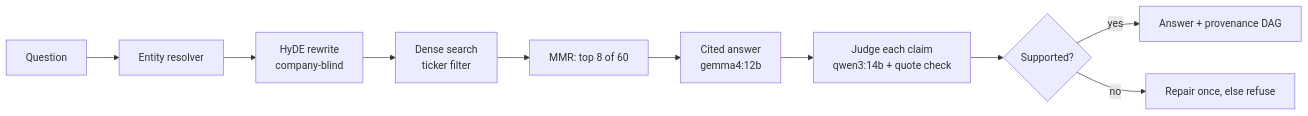
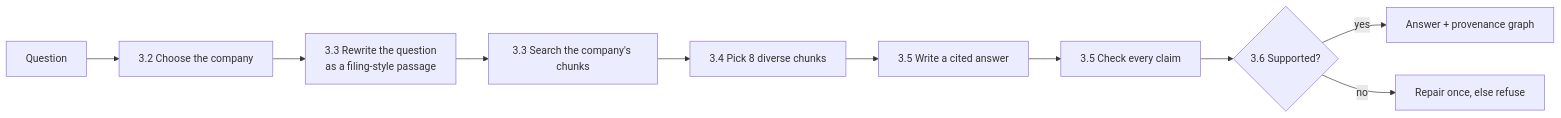
Before and after one commit to Rahkovsky/sec_llm_project: the diagram in README.md, drawn with Mermaid. The commit also changed other lines of this file, not shown here.

First line of the commit message:
README: rewrite as a progressive explanation with a running example

````diff
--- a/README.md
+++ b/README.md
@@ -39,12 +100,12 @@
 ```mermaid
 flowchart LR
-    Q[Question] --> R[Entity resolver]
-    R --> H[HyDE rewrite<br/>company-blind]
-    H --> E[Dense search<br/>ticker filter]
-    E --> M[MMR: top 8 of 60]
-    M --> G[Cited answer<br/>gemma4:12b]
-    G --> V[Judge each claim<br/>qwen3:14b + quote check]
-    V --> K{Supported?}
-    K -- yes --> A[Answer + provenance DAG]
+    Q[Question] --> R[3.2 Choose the company]
+    R --> H[3.3 Rewrite the question<br/>as a filing-style passage]
+    H --> E[3.3 Search the company's chunks]
+    E --> M[3.4 Pick 8 diverse chunks]
+    M --> G[3.5 Write a cited answer]
+    G --> V[3.5 Check every claim]
+    V --> K{3.6 Supported?}
+    K -- yes --> A[Answer + provenance graph]
     K -- no --> F[Repair once, else refuse]
 ```
````
